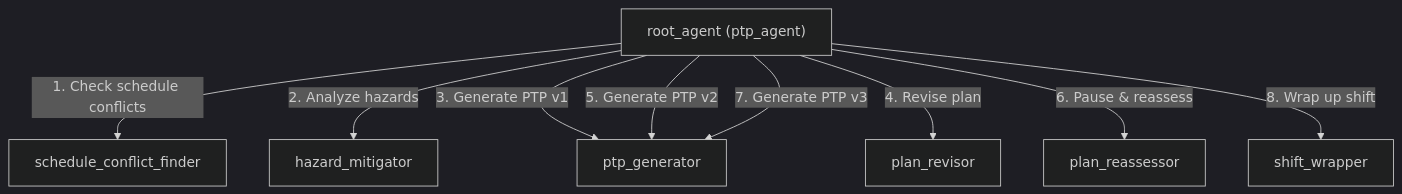
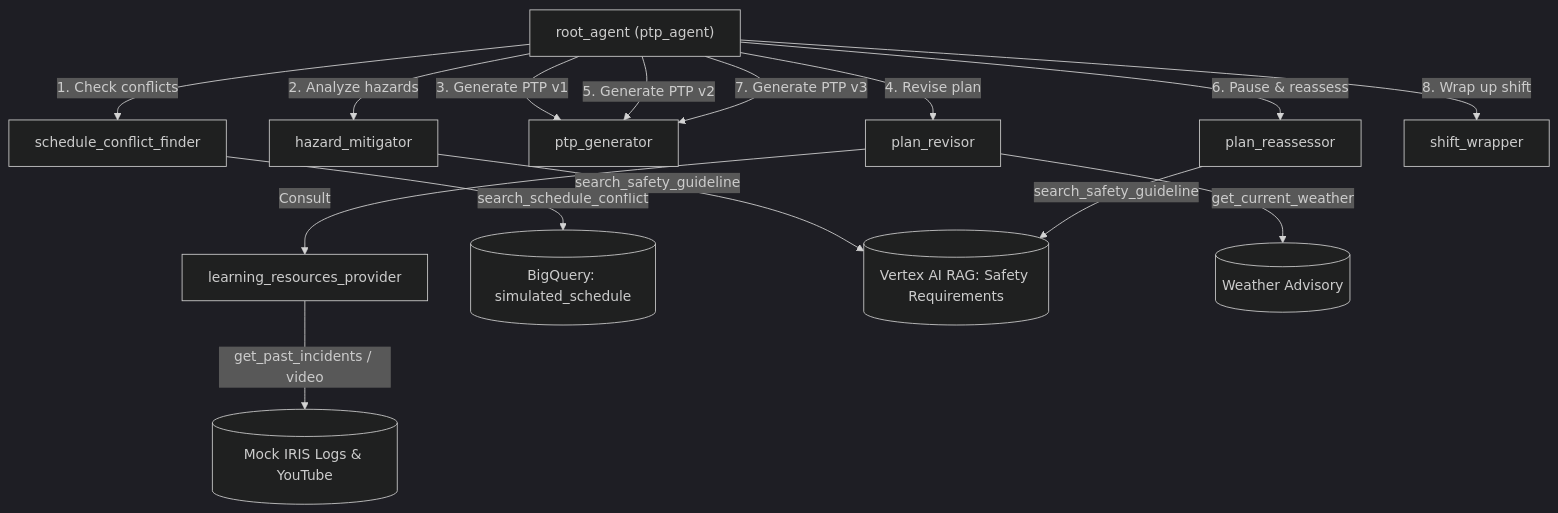
Before and after one commit to hning86/ptp_demo: the diagram in README.md, drawn with Mermaid (dark theme).

Commit message:
Embed tools and data sources directly in README Mermaid diagram

````diff
--- a/README.md
+++ b/README.md
@@ -9,19 +9,38 @@
     ```mermaid
     flowchart TD
         R["root_agent (ptp_agent)"]
         S["schedule_conflict_finder"]
         H["hazard_mitigator"]
         P["ptp_generator"]
         PR["plan_revisor"]
+        LRP["learning_resources_provider"]
         PA["plan_reassessor"]
         W["shift_wrapper"]
 
-        R -->|"1. Check schedule conflicts"| S
+        BQ[("BigQuery: simulated_schedule")]
+        RAG[("Vertex AI RAG: Safety Requirements")]
+        IRIS[("Mock IRIS Logs & YouTube")]
+        WX[("Weather Advisory")]
+
+        R -->|"1. Check conflicts"| S
+        S -->|"search_schedule_conflict"| BQ
+        
         R -->|"2. Analyze hazards"| H
+        H -->|"search_safety_guideline"| RAG
+        
         R -->|"3. Generate PTP v1"| P
+        
         R -->|"4. Revise plan"| PR
+        PR -->|"get_current_weather"| WX
+        PR -->|"Consult"| LRP
+        LRP -->|"get_past_incidents / video"| IRIS
+        
         R -->|"5. Generate PTP v2"| P
+        
         R -->|"6. Pause & reassess"| PA
+        PA -->|"search_safety_guideline"| RAG
+        
         R -->|"7. Generate PTP v3"| P
+        
         R -->|"8. Wrap up shift"| W
     ```
````
